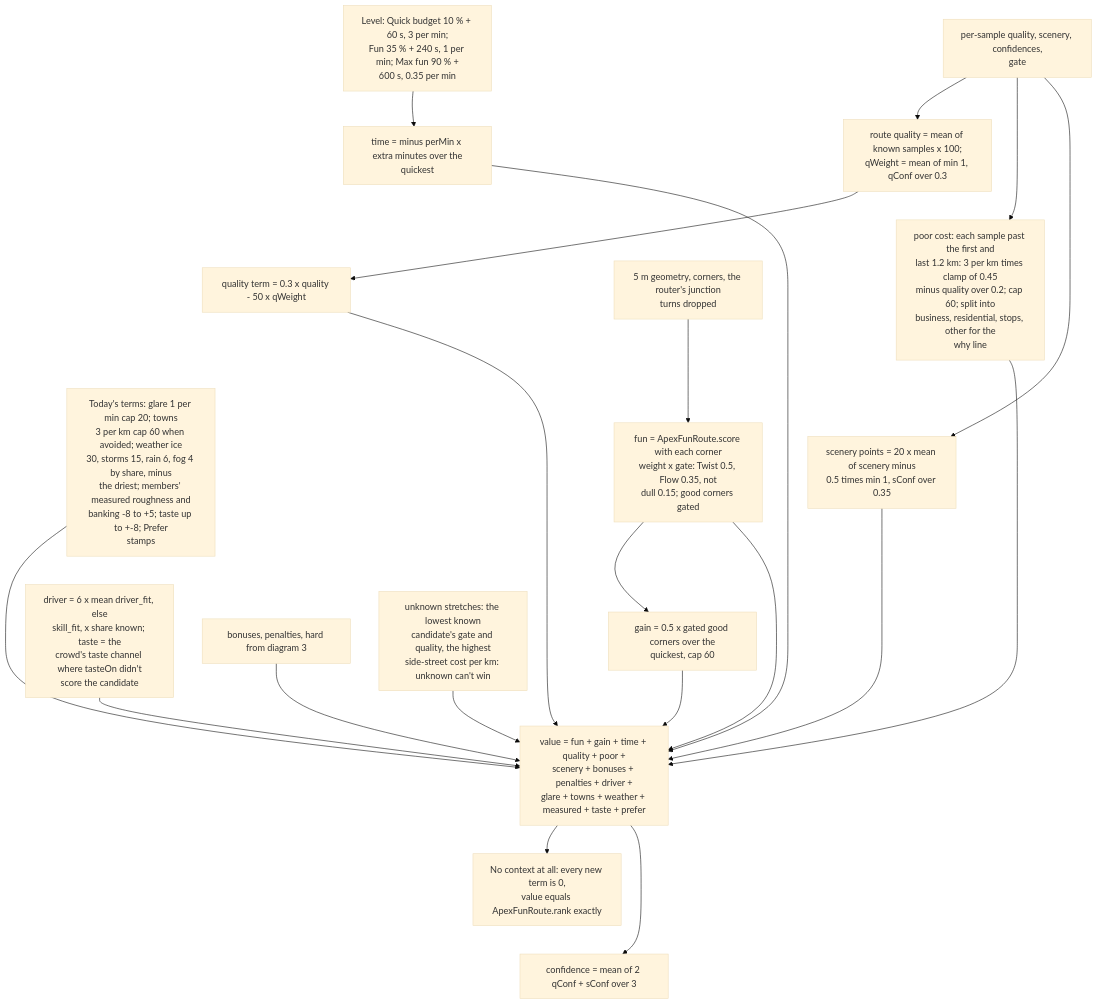
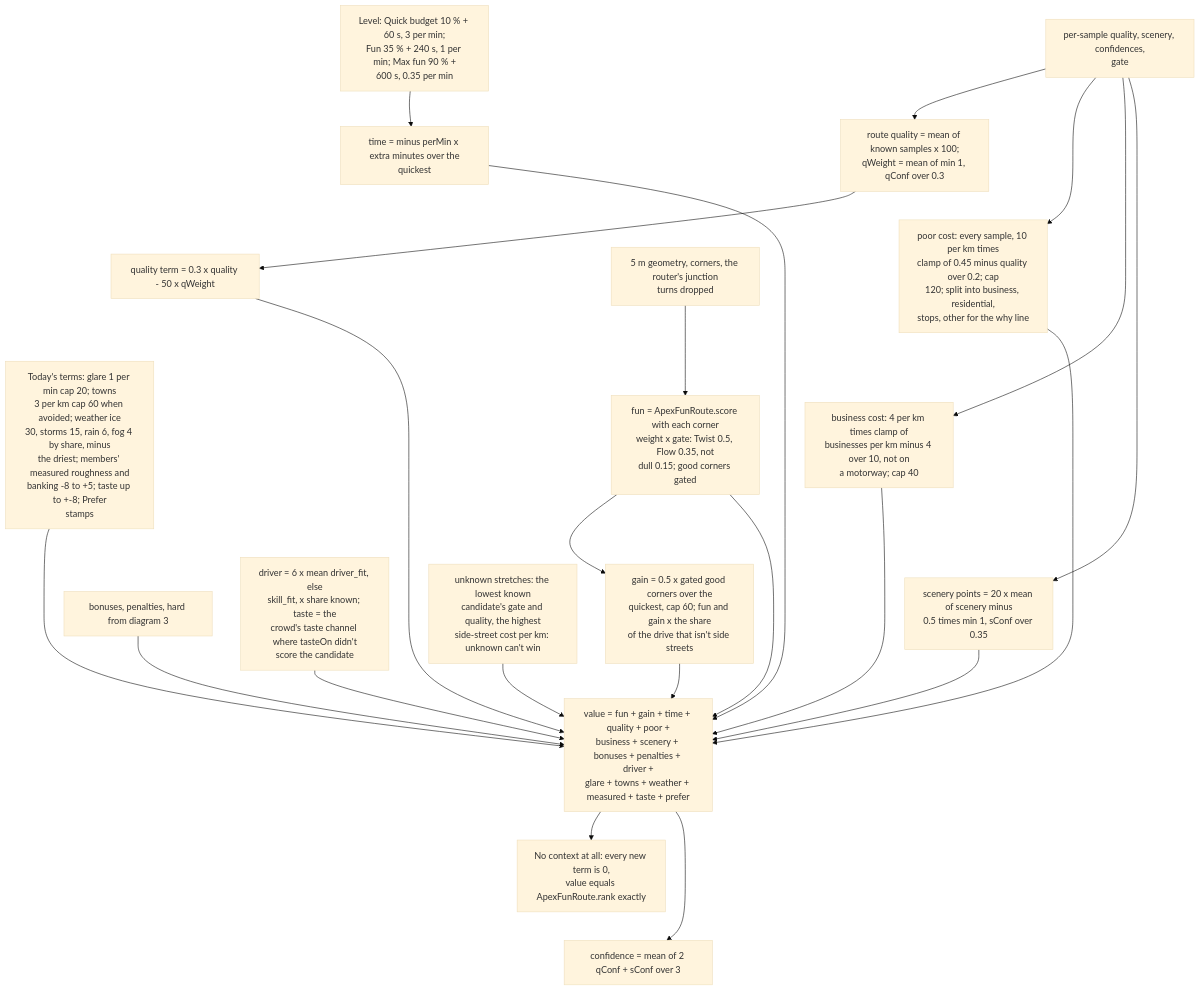
One commit to Senft5/ApexNav changed the fourth of 5 diagrams in docs/ROUTE_ENGINE.md. Above: the diagram before and after it, drawn with Mermaid (base theme). The commit also changed other lines of this file and 31 other files, not shown here.

````diff
--- a/docs/ROUTE_ENGINE.md
+++ b/docs/ROUTE_ENGINE.md
@@ -123,21 +123,22 @@
 ```mermaid
 flowchart TD
   SAMP["per-sample quality, scenery, confidences,<br>gate"] --> QR["route quality = mean of known samples x 100;<br>qWeight = mean of min 1, qConf over 0.3"]
-  SAMP --> POOR["poor cost: each sample past the first and<br>last 1.2 km: 3 per km times clamp of 0.45<br>minus quality over 0.2; cap 60; split into<br>business, residential, stops, other for the<br>why line"]
+  SAMP --> POOR["poor cost: every sample, 10 per km times<br>clamp of 0.45 minus quality over 0.2; cap<br>120; split into business, residential,<br>stops, other for the why line"]
+  SAMP --> BIZ["business cost: 4 per km times clamp of<br>businesses per km minus 4 over 10, not on<br>a motorway; cap 40"]
   SAMP --> SCN["scenery points = 20 x mean of scenery minus<br>0.5 times min 1, sConf over 0.35"]
   GEO["5 m geometry, corners, the router's junction<br>turns dropped"] --> FUN["fun = ApexFunRoute.score with each corner<br>weight x gate: Twist 0.5, Flow 0.35, not<br>dull 0.15; good corners gated"]
-  FUN --> GAIN["gain = 0.5 x gated good corners over the<br>quickest, cap 60"]
+  FUN --> GAIN["gain = 0.5 x gated good corners over the<br>quickest, cap 60; fun and gain x the share<br>of the drive that isn't side streets"]
   LVL["Level: Quick budget 10 % + 60 s, 3 per min;<br>Fun 35 % + 240 s, 1 per min; Max fun 90 % +<br>600 s, 0.35 per min"] --> TIME["time = minus perMin x extra minutes over the<br>quickest"]
   QR --> QT["quality term = 0.3 x quality - 50 x qWeight"]
   DRV["driver = 6 x mean driver_fit, else<br>skill_fit, x share known; taste = the<br>crowd's taste channel where tasteOn didn't<br>score the candidate"] --> V
   OLD["Today's terms: glare 1 per min cap 20; towns<br>3 per km cap 60 when avoided; weather ice<br>30, storms 15, rain 6, fog 4 by share, minus<br>the driest; members' measured roughness and<br>banking -8 to +5; taste up to +-8; Prefer<br>stamps"] --> V
-  QR ~~~ POOR ~~~ SCN
+  QR ~~~ POOR ~~~ BIZ ~~~ SCN
   FUN ~~~ GAIN
   LVL ~~~ TIME ~~~ QT ~~~ OLD ~~~ BP
-  FUN & GAIN & TIME & QT & POOR & SCN --> V["value = fun + gain + time + quality + poor +<br>scenery + bonuses + penalties + driver +<br>glare + towns + weather + measured + taste + prefer"]
+  FUN & GAIN & TIME & QT & POOR & BIZ & SCN --> V["value = fun + gain + time + quality + poor +<br>business + scenery + bonuses + penalties + driver +<br>glare + towns + weather + measured + taste + prefer"]
   BP["bonuses, penalties, hard from diagram 3"] --> V
   UNK["unknown stretches: the lowest known<br>candidate's gate and quality, the highest<br>side-street cost per km: unknown can't win"] --> V
   V --> NOCTX["No context at all: every new term is 0,<br>value equals ApexFunRoute.rank exactly"]
   NOCTX ~~~ CONF
   V --> CONF["confidence = mean of 2 qConf + sConf over 3"]
 ```
````
